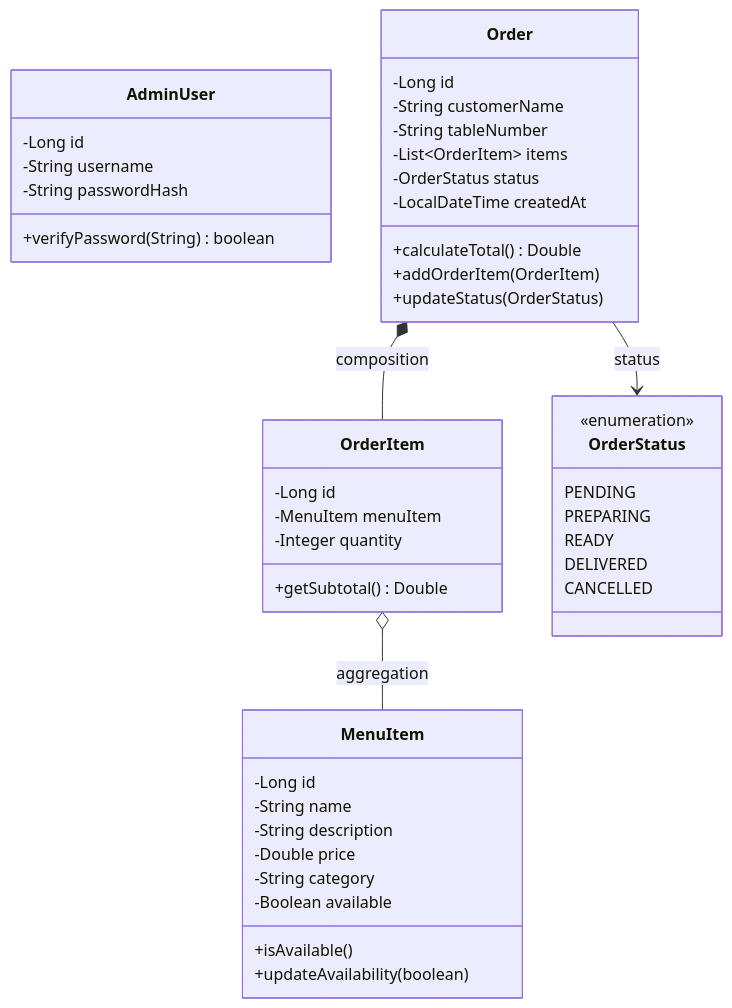
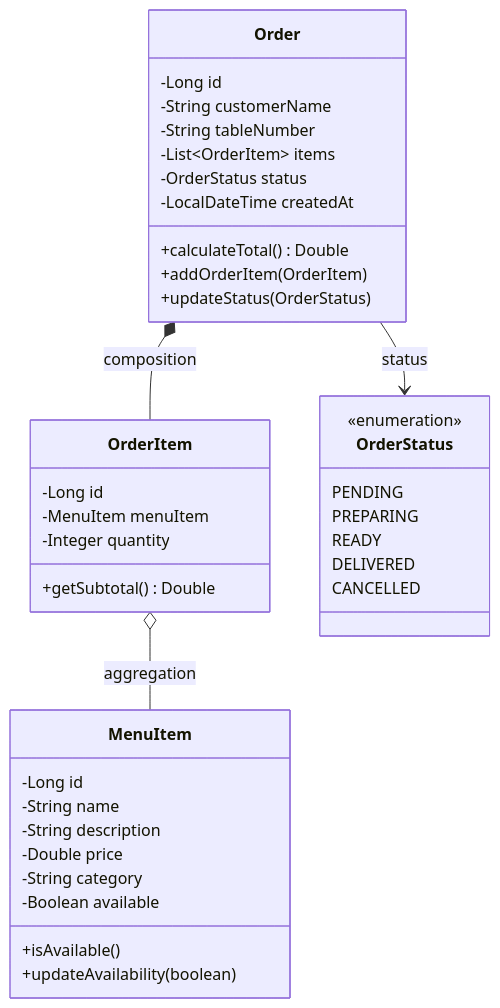
The first of 2 diagrams in README.md (luizfldomingues/mc322-2026-1s-final-project), drawn with Mermaid before and after one commit. The commit also changed other lines of this file and 15 other files, not shown here.

````diff
--- a/README.md
+++ b/README.md
@@ -29,47 +28,41 @@
 ```mermaid
 classDiagram
- class AdminUser {
- -Long id
- -String username
- -String passwordHash
- +verifyPassword(String) boolean
- }
  class MenuItem {
  -Long id
  -String name
  -String description
  -Double price
  -String category
  -Boolean available
  +isAvailable()
  +updateAvailability(boolean)
  }
  class Order {
  -Long id
  -String customerName
  -String tableNumber
  -List~OrderItem~ items
  -OrderStatus status
  -LocalDateTime createdAt
  +calculateTotal() Double
  +addOrderItem(OrderItem)
  +updateStatus(OrderStatus)
  }
  class OrderItem {
  -Long id
  -MenuItem menuItem
  -Integer quantity
  +getSubtotal() Double
  }
  class OrderStatus {
  <<enumeration>>
  PENDING
  PREPARING
  READY
  DELIVERED
  CANCELLED
  }
  Order *-- OrderItem : composition
  OrderItem o-- MenuItem : aggregation
  Order --> OrderStatus : status
 ```
````
